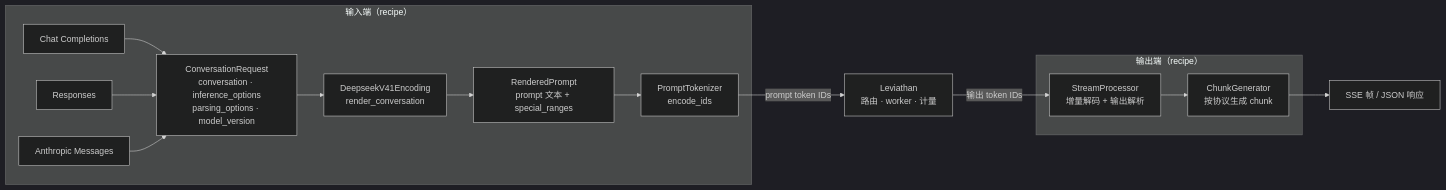
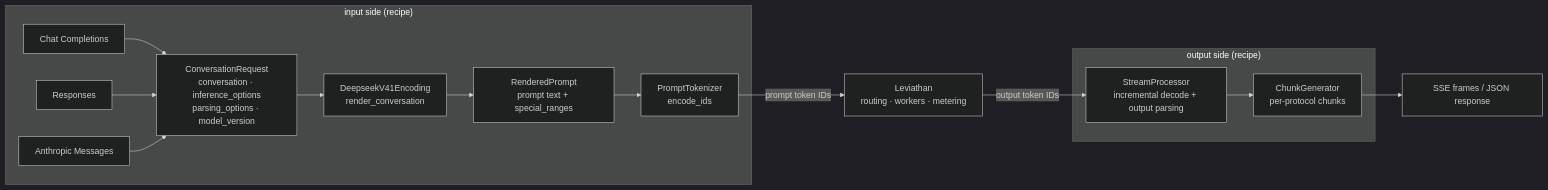
Before and after one commit to FufanLu/Inference-Framework-Agent-Based-on-DeepInfer: the diagram in docs/illustrated/02-recipe-protocol.md, drawn with Mermaid (dark theme). The commit also changed other lines of this file and 11 other files, not shown here.

````diff
--- a/docs/illustrated/02-recipe-protocol.md
+++ b/docs/illustrated/02-recipe-protocol.md
@@ -9,17 +9,17 @@
 ```mermaid
 flowchart LR
-    subgraph in["输入端（recipe）"]
+    subgraph in["input side (recipe)"]
         A1["Chat Completions"] --> C
         A2["Responses"] --> C
         A3["Anthropic Messages"] --> C
         C["ConversationRequest<br/>conversation · inference_options<br/>parsing_options · model_version"] --> R["DeepseekV41Encoding<br/>render_conversation"]
-        R --> P["RenderedPrompt<br/>prompt 文本 + special_ranges"]
+        R --> P["RenderedPrompt<br/>prompt text + special_ranges"]
         P --> T["PromptTokenizer<br/>encode_ids"]
     end
-    T -- "prompt token IDs" --> L["Leviathan<br/>路由 · worker · 计量"]
-    L -- "输出 token IDs" --> S
-    subgraph out["输出端（recipe）"]
-        S["StreamProcessor<br/>增量解码 + 输出解析"] --> G["ChunkGenerator<br/>按协议生成 chunk"]
+    T -- "prompt token IDs" --> L["Leviathan<br/>routing · workers · metering"]
+    L -- "output token IDs" --> S
+    subgraph out["output side (recipe)"]
+        S["StreamProcessor<br/>incremental decode + output parsing"] --> G["ChunkGenerator<br/>per-protocol chunks"]
     end
-    G --> O["SSE 帧 / JSON 响应"]
+    G --> O["SSE frames / JSON response"]
 ```
````
